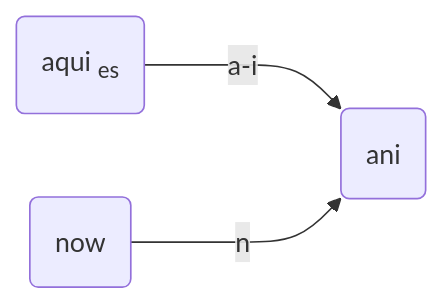
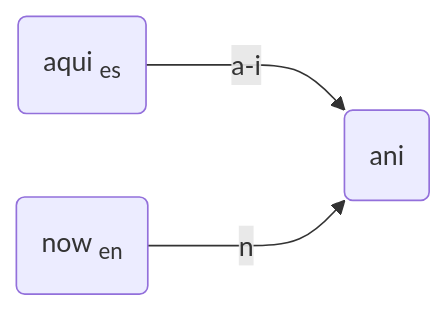
The diagram in Lexicon/Words/ani.md (elecarno/songlang), drawn with Mermaid before and after one commit. The commit also changed 18 other files, not shown here.

````diff
--- a/Lexicon/Words/ani.md
+++ b/Lexicon/Words/ani.md
@@ -5,6 +5,6 @@
 ```mermaid
 graph LR
 
 A(aqui <sub>es</sub>) --->|a-i| C(ani)
-B(now) ---> |n| C
+B(now <sub>en</sub>) ---> |n| C
 ```
````
